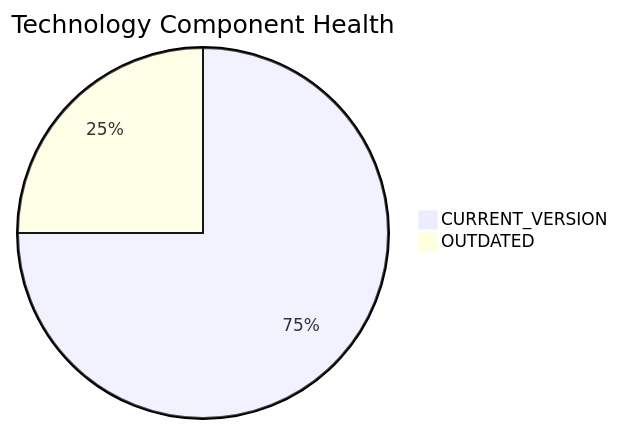
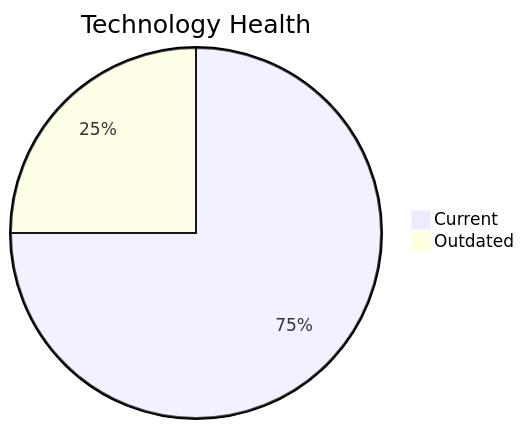
The diagram in discover/output/reports/apps/app014.md (ktruchcz/copilot-test-ktruchcz), drawn with Mermaid before and after one commit. The commit also changed other lines of this file and 227 other files, not shown here.

````diff
--- a/discover/output/reports/apps/app014.md
+++ b/discover/output/reports/apps/app014.md
@@ -38,5 +32,5 @@
 ```mermaid
-pie title Technology Component Health
-    "CURRENT_VERSION" : 3
-    "OUTDATED" : 1
+pie title Technology Health
+    "Current" : 3
+    "Outdated" : 1
 ```
````
